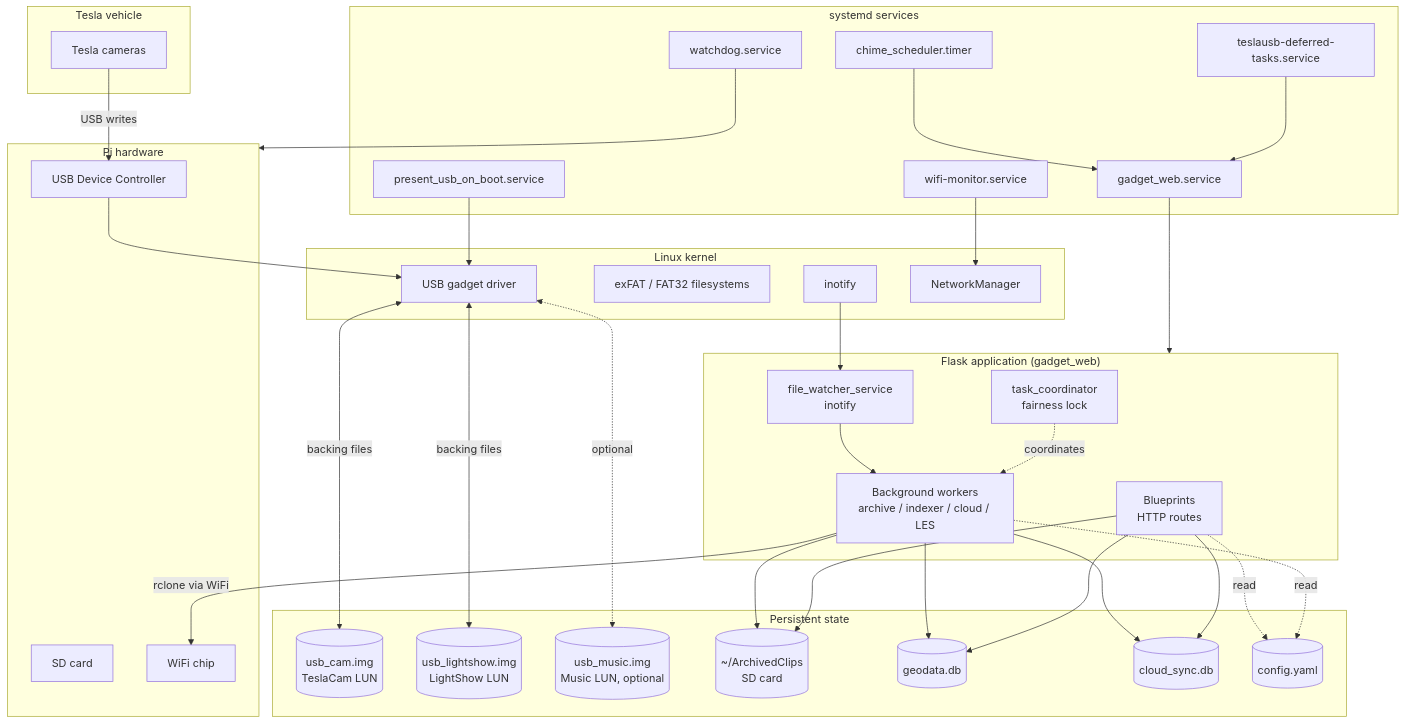
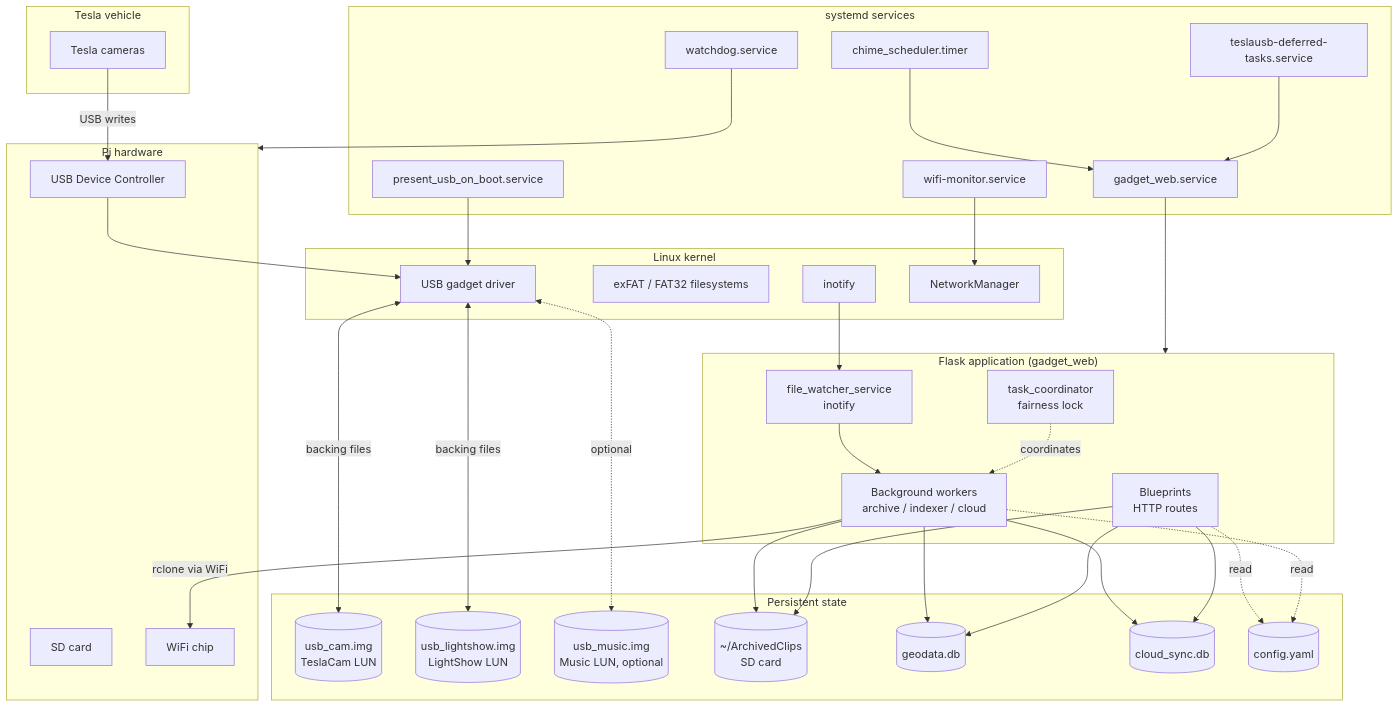
One commit to mphacker/TeslaUSB changed the first of 2 diagrams in docs/ARCHITECTURE.md. Above: the diagram before and after it, drawn with Mermaid. The commit also changed other lines of this file and 8 other files, not shown here.

````diff
--- a/docs/ARCHITECTURE.md
+++ b/docs/ARCHITECTURE.md
@@ -40,72 +40,72 @@
 ```mermaid
 flowchart TB
     subgraph Tesla["Tesla vehicle"]
         TC[Tesla cameras]
     end
 
     subgraph Hardware["Pi hardware"]
         UDC[USB Device Controller]
         SD[SD card]
         WIFI[WiFi chip]
     end
 
     subgraph Kernel["Linux kernel"]
         GADGET[USB gadget driver]
         FS[exFAT / FAT32 filesystems]
         INOTIFY[inotify]
         NM[NetworkManager]
     end
 
     subgraph SystemServices["systemd services"]
         PRESENT[present_usb_on_boot.service]
         WEB[gadget_web.service]
         CHIMES[chime_scheduler.timer]
         WIFIMON[wifi-monitor.service]
         WATCHDOG[watchdog.service]
         DEFERRED[teslausb-deferred-tasks.service]
     end
 
     subgraph FlaskApp["Flask application (gadget_web)"]
         BLUEPRINTS[Blueprints<br/>HTTP routes]
-        WORKERS[Background workers<br/>archive / indexer / cloud / LES]
+        WORKERS[Background workers<br/>archive / indexer / cloud]
         WATCHER[file_watcher_service<br/>inotify]
         COORDINATOR[task_coordinator<br/>fairness lock]
     end
 
     subgraph DataStores["Persistent state"]
         IMG_CAM[(usb_cam.img<br/>TeslaCam LUN)]
         IMG_LS[(usb_lightshow.img<br/>LightShow LUN)]
         IMG_M[(usb_music.img<br/>Music LUN, optional)]
         ARCHIVE[(~/ArchivedClips<br/>SD card)]
         GEO[(geodata.db)]
         CLOUDDB[(cloud_sync.db)]
         CONFIG[(config.yaml)]
     end
 
     TC -->|USB writes| UDC
     UDC --> GADGET
     GADGET <-->|backing files| IMG_CAM
     GADGET <-->|backing files| IMG_LS
     GADGET <-.optional.-> IMG_M
 
     PRESENT --> GADGET
     WEB --> FlaskApp
     CHIMES --> WEB
     WIFIMON --> NM
     WATCHDOG --> Hardware
     DEFERRED --> WEB
 
     INOTIFY --> WATCHER
     WATCHER --> WORKERS
     WORKERS --> ARCHIVE
     WORKERS --> GEO
     WORKERS --> CLOUDDB
     WORKERS -->|rclone via WiFi| WIFI
 
     BLUEPRINTS --> ARCHIVE
     BLUEPRINTS --> GEO
     BLUEPRINTS --> CLOUDDB
     BLUEPRINTS -.read.-> CONFIG
     WORKERS -.read.-> CONFIG
     COORDINATOR -.coordinates.-> WORKERS
 ```
````
